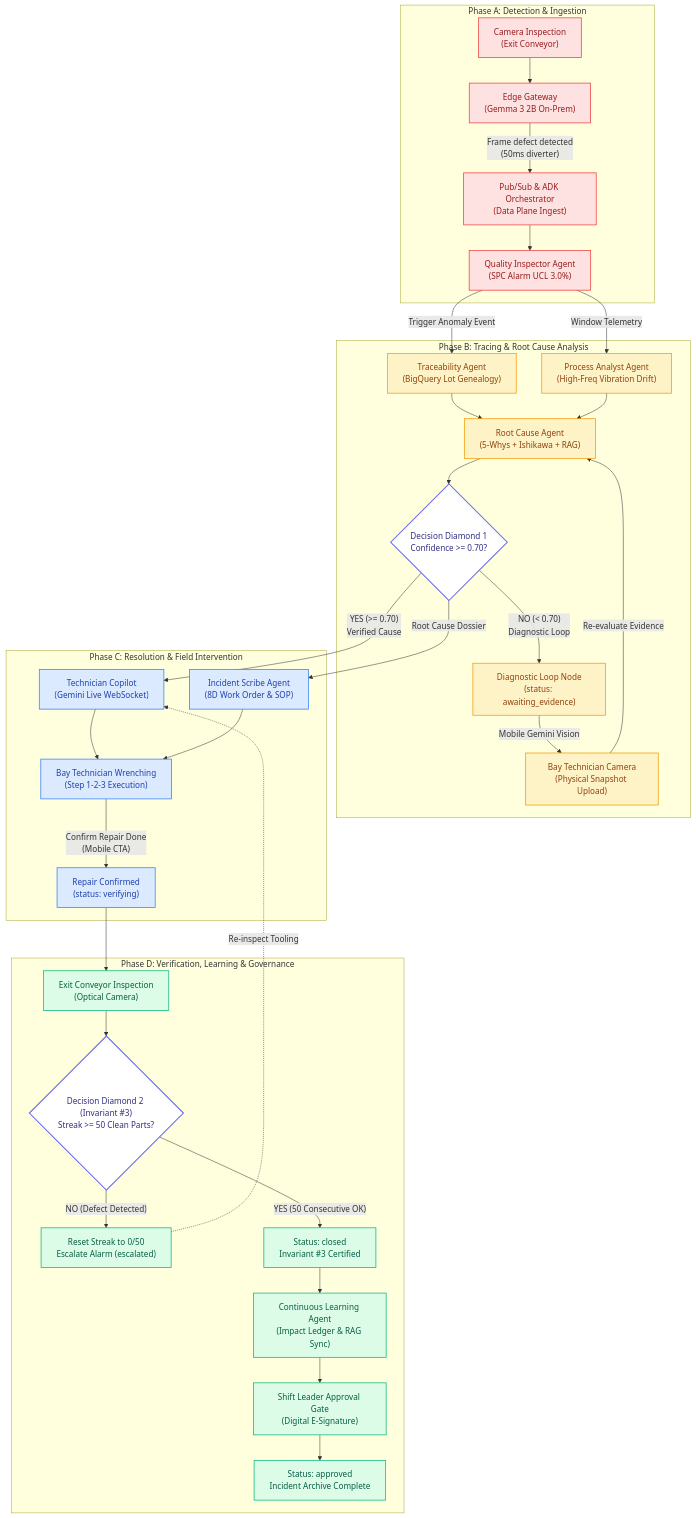
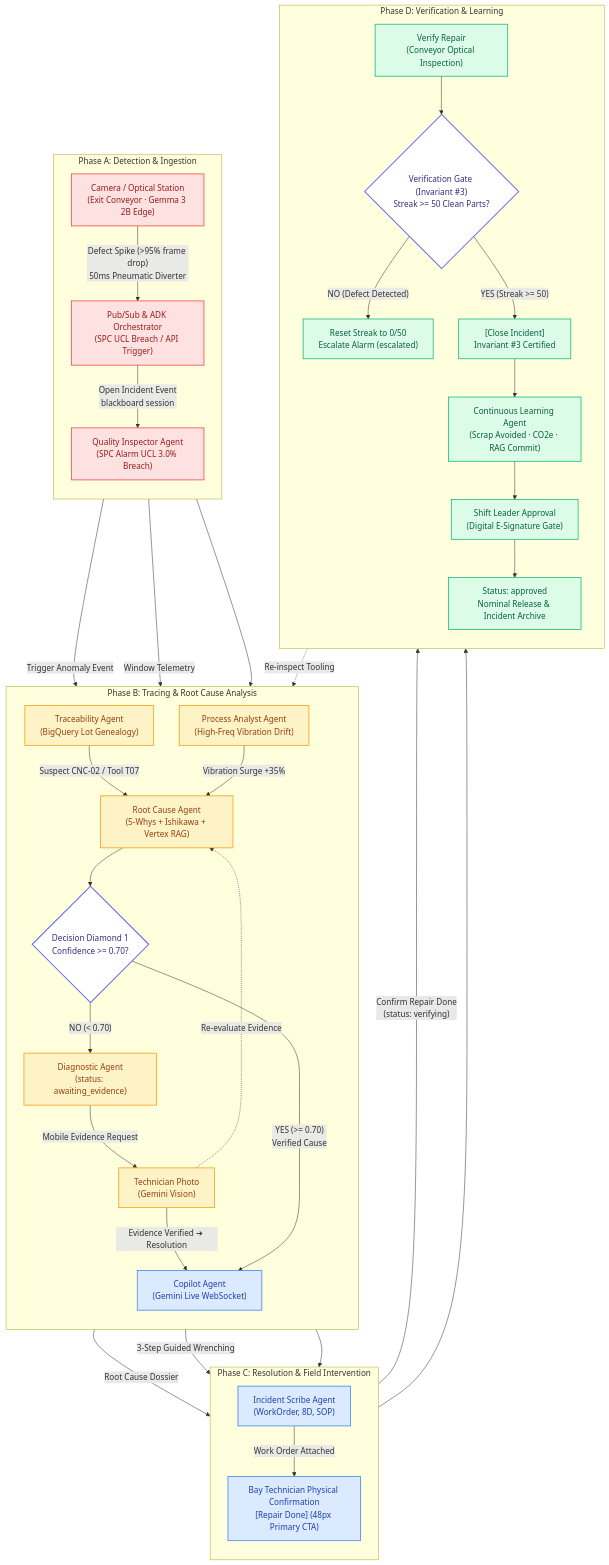
One commit to vanduc2514/hackathon-builder-cup-manufacturing-anomaly changed the diagram in docs/wireframe/system_topology_workflow_wireframe.md. Above: the diagram before and after it, drawn with Mermaid. The commit also changed other lines of this file and 2 other files, not shown here.

First line of the commit message:
feat(design): refine vertical multi-agent workflow nodes and low-confidence branch (#211)

````diff
--- a/docs/wireframe/system_topology_workflow_wireframe.md
+++ b/docs/wireframe/system_topology_workflow_wireframe.md
@@ -26,55 +26,62 @@
 ```mermaid
 flowchart TD
     subgraph PhaseA ["Phase A: Detection & Ingestion"]
-        A1["Camera Inspection<br/>(Exit Conveyor)"] --> A2["Edge Gateway<br/>(Gemma 3 2B On-Prem)"]
-        A2 -->|"Frame defect detected<br/>(50ms diverter)"| A3["Pub/Sub & ADK Orchestrator<br/>(Data Plane Ingest)"]
-        A3 --> A4["Quality Inspector Agent<br/>(SPC Alarm UCL 3.0%)"]
+        direction TB
+        A1["Camera / Optical Station<br/>(Exit Conveyor · Gemma 3 2B Edge)"] -->|"Defect Spike (>95% frame drop)<br/>50ms Pneumatic Diverter"| A2["Pub/Sub & ADK Orchestrator<br/>(SPC UCL Breach / API Trigger)"]
+        A2 -->|"Open Incident Event<br/>blackboard session"| A3["Quality Inspector Agent<br/>(SPC Alarm UCL 3.0% Breach)"]
     end
 
     subgraph PhaseB ["Phase B: Tracing & Root Cause Analysis"]
-        A4 -->|"Trigger Anomaly Event"| B1["Traceability Agent<br/>(BigQuery Lot Genealogy)"]
-        A4 -->|"Window Telemetry"| B2["Process Analyst Agent<br/>(High-Freq Vibration Drift)"]
-        B1 --> B3["Root Cause Agent<br/>(5-Whys + Ishikawa + RAG)"]
-        B2 --> B3
+        direction TB
+        A3 -->|"Trigger Anomaly Event"| B1["Traceability Agent<br/>(BigQuery Lot Genealogy)"]
+        A3 -->|"Window Telemetry"| B2["Process Analyst Agent<br/>(High-Freq Vibration Drift)"]
+        B1 -->|"Suspect CNC-02 / Tool T07"| B3["Root Cause Agent<br/>(5-Whys + Ishikawa + Vertex RAG)"]
+        B2 -->|"Vibration Surge +35%"| B3
         B3 --> D1{"Decision Diamond 1<br/>Confidence >= 0.70?"}
         
-        %% Decision Diamond 1 Branches
-        D1 -->|"NO (< 0.70)<br/>Diagnostic Loop"| B4["Diagnostic Loop Node<br/>(status: awaiting_evidence)"]
-        B4 -->|"Mobile Gemini Vision"| B5["Bay Technician Camera<br/>(Physical Snapshot Upload)"]
-        B5 -->|"Re-evaluate Evidence"| B3
+        %% Decision Diamond 1 Branches (< 0.70 vs >= 0.70)
+        D1 -->|"NO (< 0.70)"| B4["Diagnostic Agent<br/>(status: awaiting_evidence)"]
+        B4 -->|"Mobile Evidence Request"| B5["Technician Photo<br/>(Gemini Vision)"]
+        B5 -->|"Evidence Verified ➔ Resolution"| C1
+        B5 -.->|"Re-evaluate Evidence"| B3
     end
 
     subgraph PhaseC ["Phase C: Resolution & Field Intervention"]
-        D1 -->|"YES (>= 0.70)<br/>Verified Cause"| C1["Technician Copilot<br/>(Gemini Live WebSocket)"]
-        D1 -->|"Root Cause Dossier"| C2["Incident Scribe Agent<br/>(8D Work Order & SOP)"]
-        C1 --> C3["Bay Technician Wrenching<br/>(Step 1-2-3 Execution)"]
-        C2 --> C3
-        C3 -->|"Confirm Repair Done<br/>(Mobile CTA)"| C4["Repair Confirmed<br/>(status: verifying)"]
+        direction TB
+        D1 -->|"YES (>= 0.70)<br/>Verified Cause"| C1["Copilot Agent<br/>(Gemini Live WebSocket)"]
+        D1 -->|"Root Cause Dossier"| C2["Incident Scribe Agent<br/>(WorkOrder, 8D, SOP)"]
+        C1 -->|"3-Step Guided Wrenching"| C3["Bay Technician Physical Confirmation<br/>[Repair Done] (48px Primary CTA)"]
+        C2 -->|"Work Order Attached"| C3
     end
 
-    subgraph PhaseD ["Phase D: Verification, Learning & Governance"]
-        C4 --> D2["Exit Conveyor Inspection<br/>(Optical Camera)"]
-        D2 --> D3{"Decision Diamond 2 (Invariant #3)<br/>Streak >= 50 Clean Parts?"}
+    subgraph PhaseD ["Phase D: Verification & Learning"]
+        direction TB
+        C3 -->|"Confirm Repair Done<br/>(status: verifying)"| D2["Verify Repair<br/>(Conveyor Optical Inspection)"]
+        D2 --> D3{"Verification Gate (Invariant #3)<br/>Streak >= 50 Clean Parts?"}
         
         %% Decision Diamond 2 Branches
         D3 -->|"NO (Defect Detected)"| D4["Reset Streak to 0/50<br/>Escalate Alarm (escalated)"]
         D4 -.->|"Re-inspect Tooling"| C1
         
-        D3 -->|"YES (50 Consecutive OK)"| D5["Status: closed<br/>Invariant #3 Certified"]
-        D5 --> D6["Continuous Learning Agent<br/>(Impact Ledger & RAG Sync)"]
-        D6 --> D7["Shift Leader Approval Gate<br/>(Digital E-Signature)"]
-        D7 --> D8["Status: approved<br/>Incident Archive Complete"]
+        D3 -->|"YES (Streak >= 50)"| D5["[Close Incident]<br/>Invariant #3 Certified"]
+        D5 --> D6["Continuous Learning Agent<br/>(Scrap Avoided · CO2e · RAG Commit)"]
+        D6 --> D7["Shift Leader Approval<br/>(Digital E-Signature Gate)"]
+        D7 --> D8["Status: approved<br/>Nominal Release & Incident Archive"]
     end
+
+    PhaseA --> PhaseB
+    PhaseB --> PhaseC
+    PhaseC --> PhaseD
 
     classDef phaseA fill:#fee2e2,stroke:#ef4444,stroke-width:1.5px,color:#991b1b;
     classDef phaseB fill:#fef3c7,stroke:#f59e0b,stroke-width:1.5px,color:#92400e;
     classDef phaseC fill:#dbeafe,stroke:#3b82f6,stroke-width:1.5px,color:#1e40af;
     classDef phaseD fill:#dcfce7,stroke:#10b981,stroke-width:1.5px,color:#065f46;
     classDef diamond fill:#ffffff,stroke:#6366f1,stroke-width:2px,color:#312e81;
 
-    class A1,A2,A3,A4 phaseA;
+    class A1,A2,A3 phaseA;
     class B1,B2,B3,B4,B5 phaseB;
-    class C1,C2,C3,C4 phaseC;
+    class C1,C2,C3 phaseC;
     class D2,D4,D5,D6,D7,D8 phaseD;
     class D1,D3 diamond;
 ```
````
